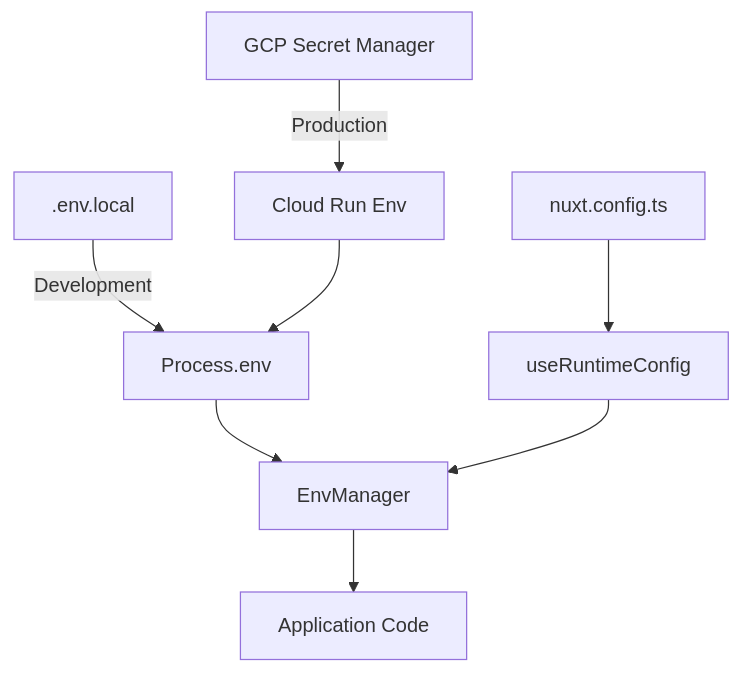
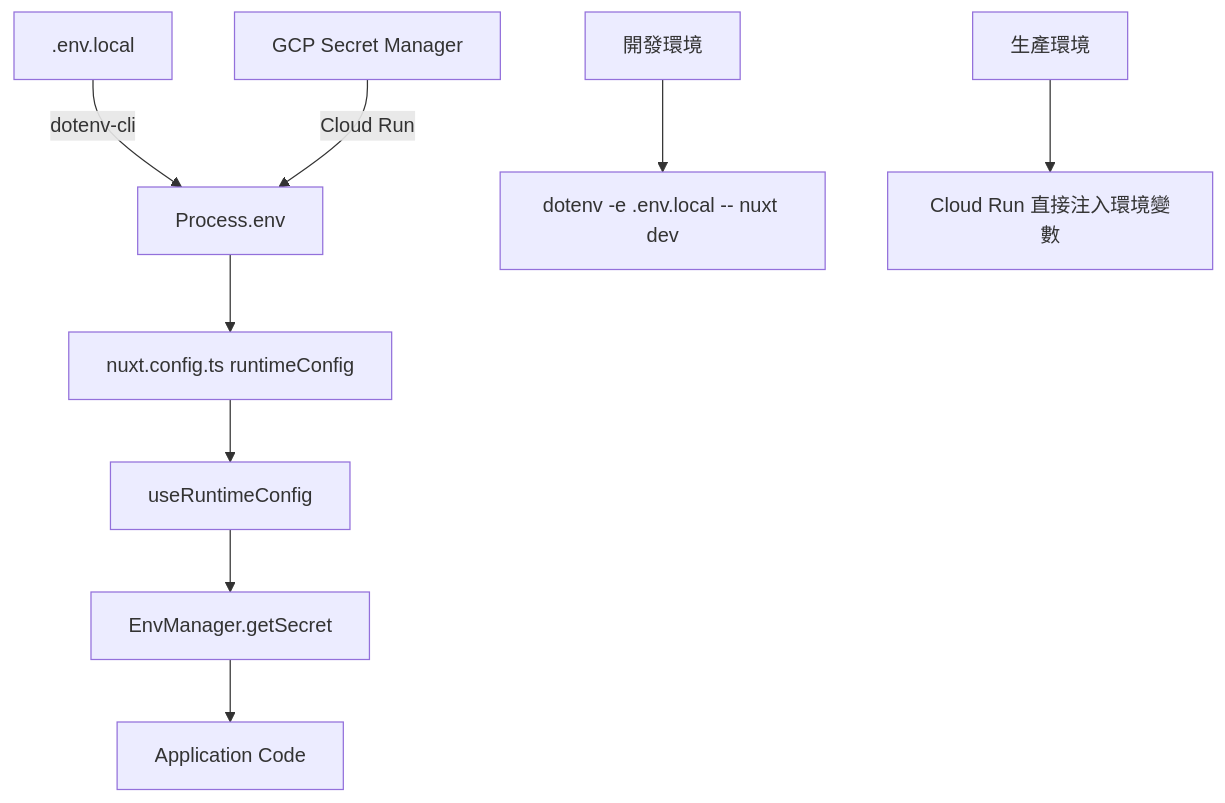
One commit to a9293340/SmartSurveyPro changed the first of 2 diagrams in docs/design/environment-variables-management.md. Above: the diagram before and after it, drawn with Mermaid. The commit also changed other lines of this file and 2 other files, not shown here.

````diff
--- a/docs/design/environment-variables-management.md
+++ b/docs/design/environment-variables-management.md
@@ -36,10 +35,12 @@
 ```mermaid
 graph TD
-    A[GCP Secret Manager] -->|Production| B[Cloud Run Env]
-    C[.env.local] -->|Development| D[Process.env]
-    B --> D
-    D --> E[EnvManager]
-    F[nuxt.config.ts] --> G[useRuntimeConfig]
-    G --> E
-    E --> H[Application Code]
+    A[.env.local] -->|dotenv-cli| B[Process.env]
+    C[GCP Secret Manager] -->|Cloud Run| B
+    B --> D[nuxt.config.ts runtimeConfig]
+    D --> E[useRuntimeConfig]
+    E --> F[EnvManager.getSecret]
+    F --> G[Application Code]
+
+    H[開發環境] --> I[dotenv -e .env.local -- nuxt dev]
+    J[生產環境] --> K[Cloud Run 直接注入環境變數]
 ```
````
